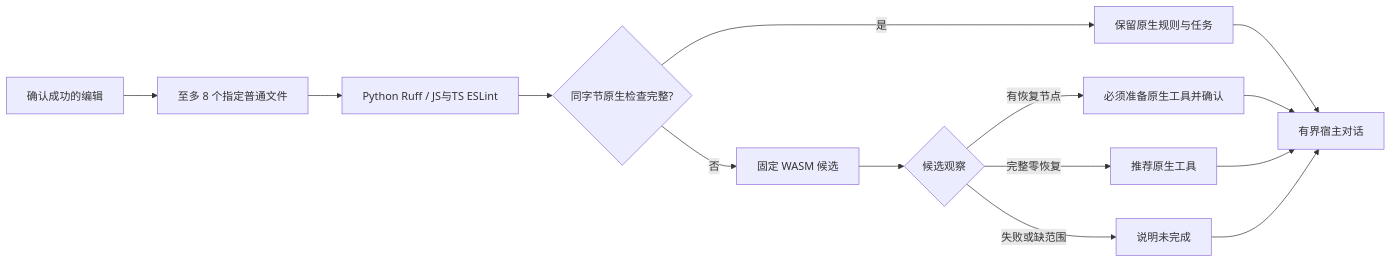
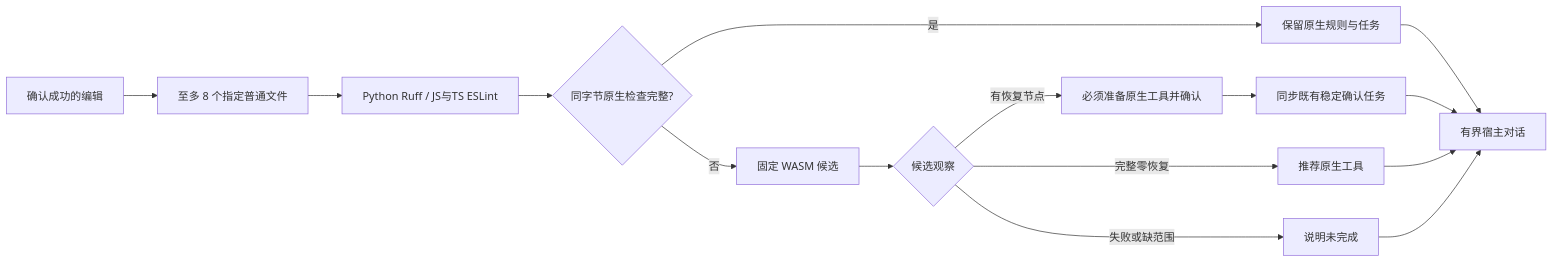
The diagram in tests/acceptance/hook-fast-native-wasm.md (full-stack-plugins/codeguard), drawn with Mermaid before and after one commit. The commit also changed other lines of this file and 34 other files, not shown here.

````diff
--- a/tests/acceptance/hook-fast-native-wasm.md
+++ b/tests/acceptance/hook-fast-native-wasm.md
@@ -7,16 +7,17 @@
 ```mermaid
 flowchart LR
     A[确认成功的编辑] --> B[至多 8 个指定普通文件]
     B --> C[Python Ruff / JS与TS ESLint]
     C --> D{同字节原生检查完整?}
     D -->|是| E[保留原生规则与任务]
     D -->|否| F[固定 WASM 候选]
     F --> G{候选观察}
     G -->|有恢复节点| H[必须准备原生工具并确认]
     G -->|完整零恢复| I[推荐原生工具]
     G -->|失败或缺范围| J[说明未完成]
     E --> K[有界宿主对话]
-    H --> K
+    H --> L[同步既有稳定确认任务]
+    L --> K
     I --> K
     J --> K
 ```
````
